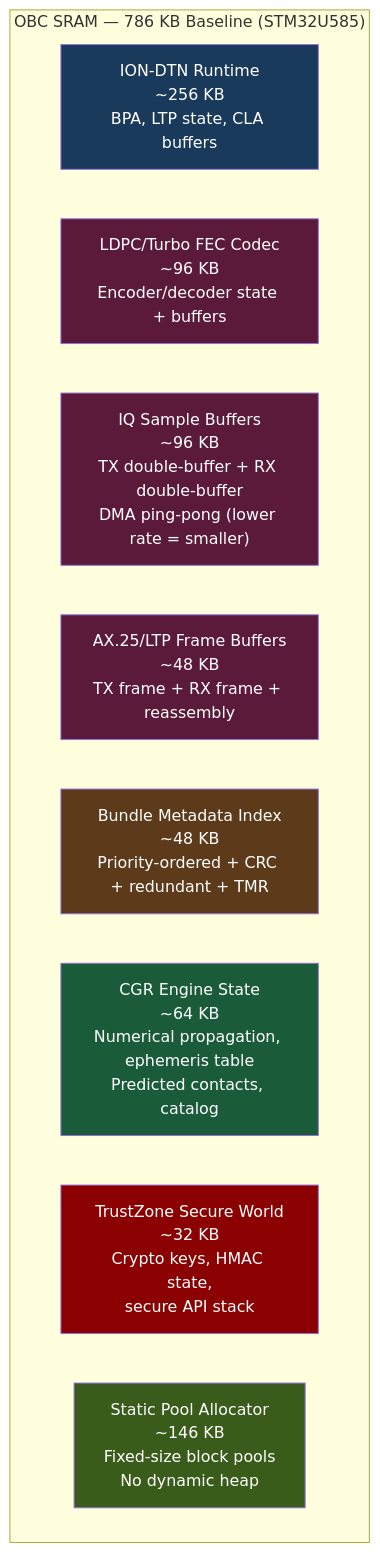
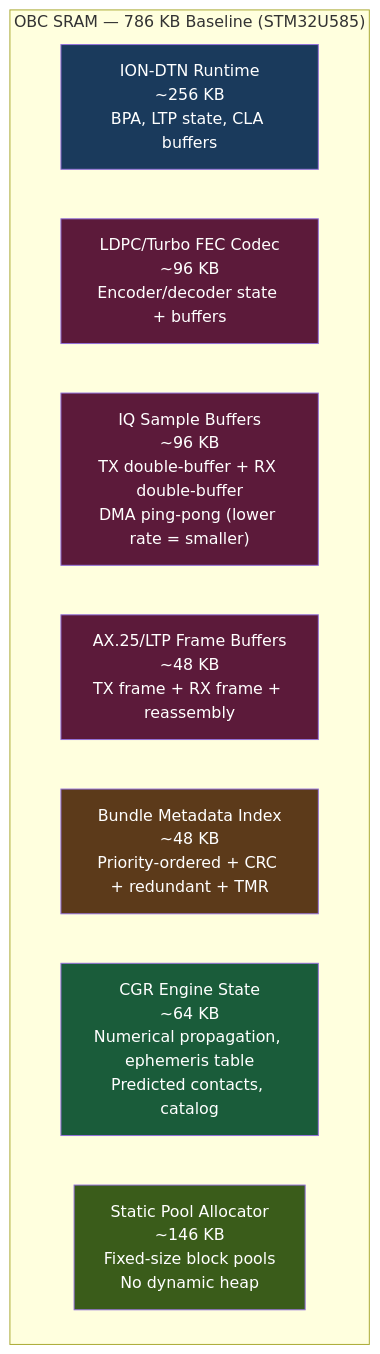
Before and after one commit to g4dpz/cislunar_proposal: the second of 7 diagrams in docs/cislunar-phase4/design.md, drawn with Mermaid. The commit also changed other lines of this file and 39 other files, not shown here.

First line of the commit message:
Remove BPSec, TrustZone, and crypto references for amateur radio compliance

````diff
--- a/docs/cislunar-phase4/design.md
+++ b/docs/cislunar-phase4/design.md
@@ -110,22 +105,20 @@
 ```mermaid
 graph TD
     subgraph "OBC SRAM — 786 KB Baseline (STM32U585)"
         ION_MEM["ION-DTN Runtime<br/>~256 KB<br/>BPA, LTP state, CLA buffers"]
         FEC_MEM["LDPC/Turbo FEC Codec<br/>~96 KB<br/>Encoder/decoder state + buffers"]
         IQ_BUF["IQ Sample Buffers<br/>~96 KB<br/>TX double-buffer + RX double-buffer<br/>DMA ping-pong (lower rate = smaller)"]
         AX25_BUF["AX.25/LTP Frame Buffers<br/>~48 KB<br/>TX frame + RX frame + reassembly"]
         IDX_MEM["Bundle Metadata Index<br/>~48 KB<br/>Priority-ordered + CRC + redundant + TMR"]
         CGR_MEM["CGR Engine State<br/>~64 KB<br/>Numerical propagation, ephemeris table<br/>Predicted contacts, catalog"]
-        TZ_MEM["TrustZone Secure World<br/>~32 KB<br/>Crypto keys, HMAC state,<br/>secure API stack"]
         POOL["Static Pool Allocator<br/>~146 KB<br/>Fixed-size block pools<br/>No dynamic heap"]
     end
 
     style ION_MEM fill:#1a3a5c,color:#fff
     style FEC_MEM fill:#5c1a3a,color:#fff
     style IQ_BUF fill:#5c1a3a,color:#fff
     style AX25_BUF fill:#5c1a3a,color:#fff
     style IDX_MEM fill:#5c3a1a,color:#fff
     style CGR_MEM fill:#1a5c3a,color:#fff
-    style TZ_MEM fill:#8b0000,color:#fff
     style POOL fill:#3a5c1a,color:#fff
 ```
````
